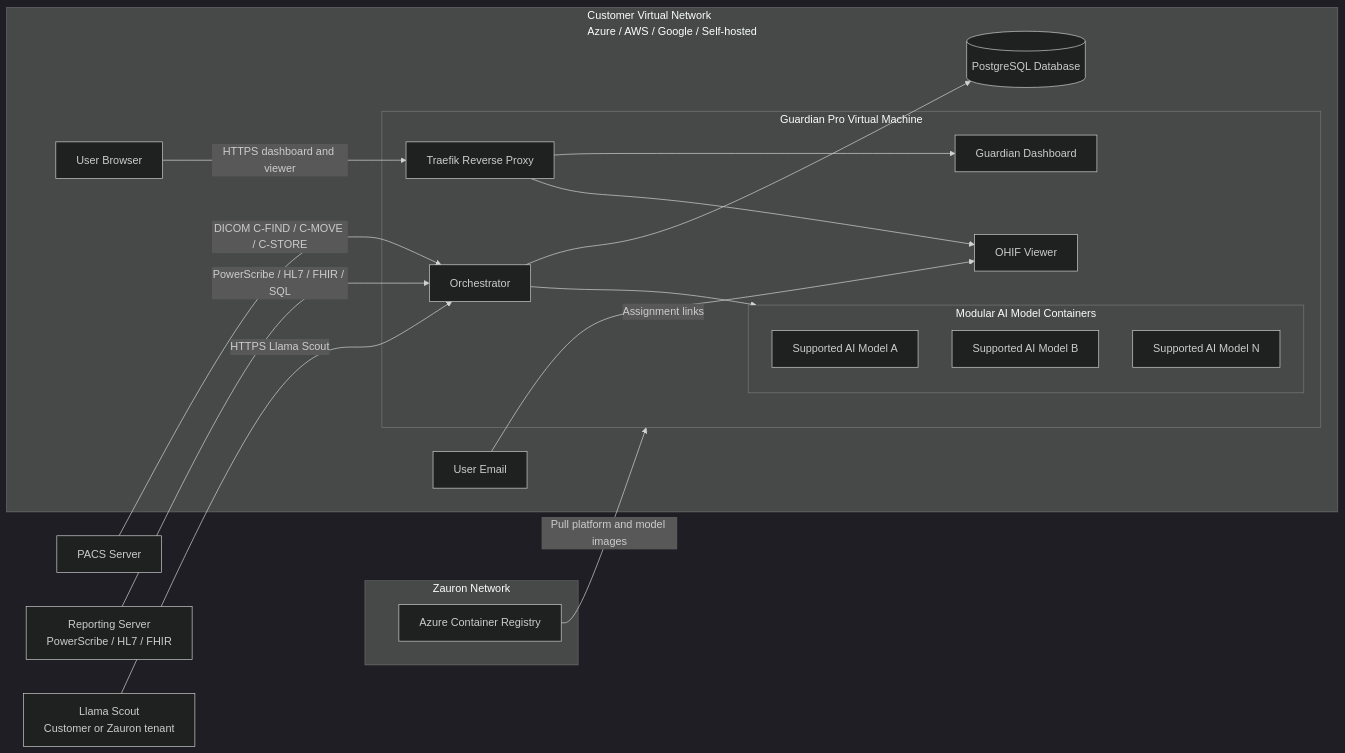
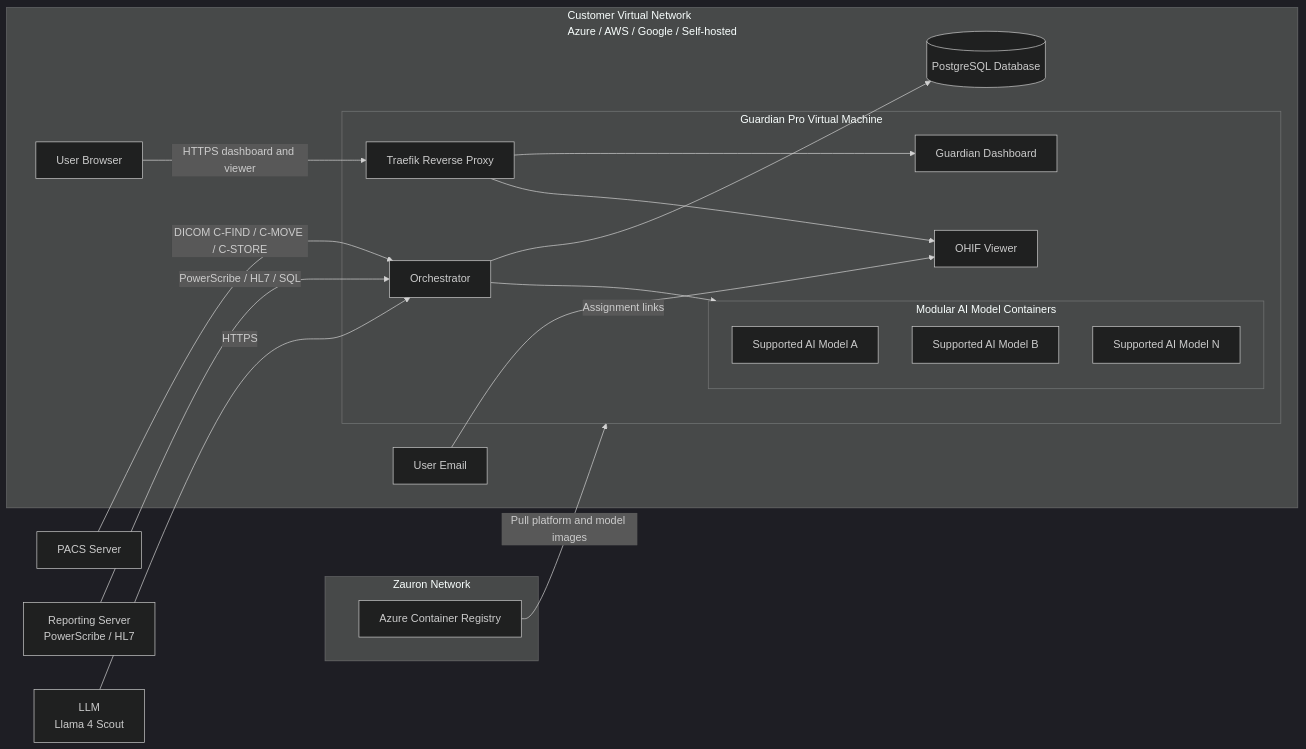
The diagram in docs/installation.md (Zauron-Labs/guardian-pro-gitbook), drawn with Mermaid (dark theme) before and after one commit. The commit also changed other lines of this file and 18 other files, not shown here.

````diff
--- a/docs/installation.md
+++ b/docs/installation.md
@@ -208,38 +218,38 @@
 ```mermaid
 flowchart LR
     PACS[PACS Server]
-    REPORT[Reporting Server<br/>PowerScribe / HL7 / FHIR]
-    LLM[Llama Scout<br/>Customer or Zauron tenant]
+    REPORT[Reporting Server<br/>PowerScribe / HL7]
+    LLM[LLM<br/>Llama 4 Scout]
 
     subgraph ZAURON[Zauron Network]
         REGISTRY[Azure Container Registry]
     end
 
     subgraph VNET[Customer Virtual Network<br/>Azure / AWS / Google / Self-hosted]
         BROWSER[User Browser]
         EMAIL[User Email]
         DB[(PostgreSQL Database)]
         subgraph VM[Guardian Pro Virtual Machine]
             PROXY[Traefik Reverse Proxy]
             DASH[Guardian Dashboard]
             VIEWER[OHIF Viewer]
             APP[Orchestrator]
             subgraph MODELS[Modular AI Model Containers]
                 MODEL1[Supported AI Model A]
                 MODEL2[Supported AI Model B]
                 MODELN[Supported AI Model N]
             end
         end
     end
 
     PACS -->|DICOM C-FIND / C-MOVE / C-STORE| APP
-    REPORT -->|PowerScribe / HL7 / FHIR / SQL| APP
-    LLM -->|HTTPS Llama Scout| APP
+    REPORT -->|PowerScribe / HL7 / SQL| APP
+    LLM -->|HTTPS| APP
     REGISTRY -->|Pull platform and model images| VM
     BROWSER -->|HTTPS dashboard and viewer| PROXY
     EMAIL -->|Assignment links| VIEWER
     PROXY --> DASH
     PROXY --> VIEWER
     APP --> DB
     APP --> MODELS
 ```
````
